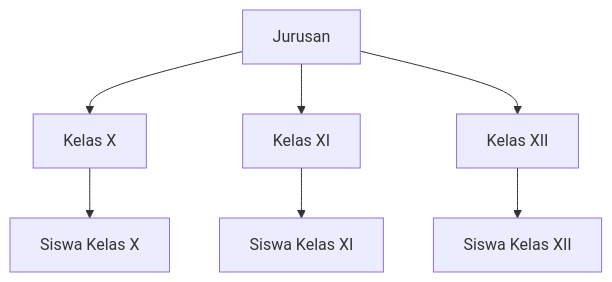
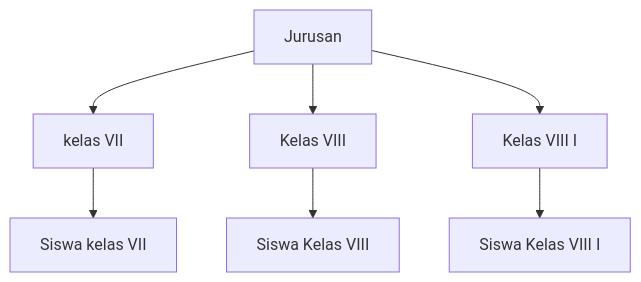
The diagram in src/content/docs/menu-data-master/jurusan.mdx (zulfikriyahya/template-dokumentasi), drawn with Mermaid before and after one commit. The commit also changed other lines of this file and 27 other files, not shown here.

````diff
--- a/src/content/docs/menu-data-master/jurusan.mdx
+++ b/src/content/docs/menu-data-master/jurusan.mdx
@@ -265,9 +265,9 @@
 ```mermaid
 graph TD
-    A[Jurusan] --> B[Kelas X]
-    A --> C[Kelas XI]
-    A --> D[Kelas XII]
-    B --> E[Siswa Kelas X]
-    C --> F[Siswa Kelas XI]
-    D --> G[Siswa Kelas XII]
+    A[Jurusan] --> B[kelas VII]
+    A --> C[Kelas VIII ]
+    A --> D[Kelas VIII I]
+    B --> E[Siswa kelas VII]
+    C --> F[Siswa Kelas VIII ]
+    D --> G[Siswa Kelas VIII I]
 ```
````
